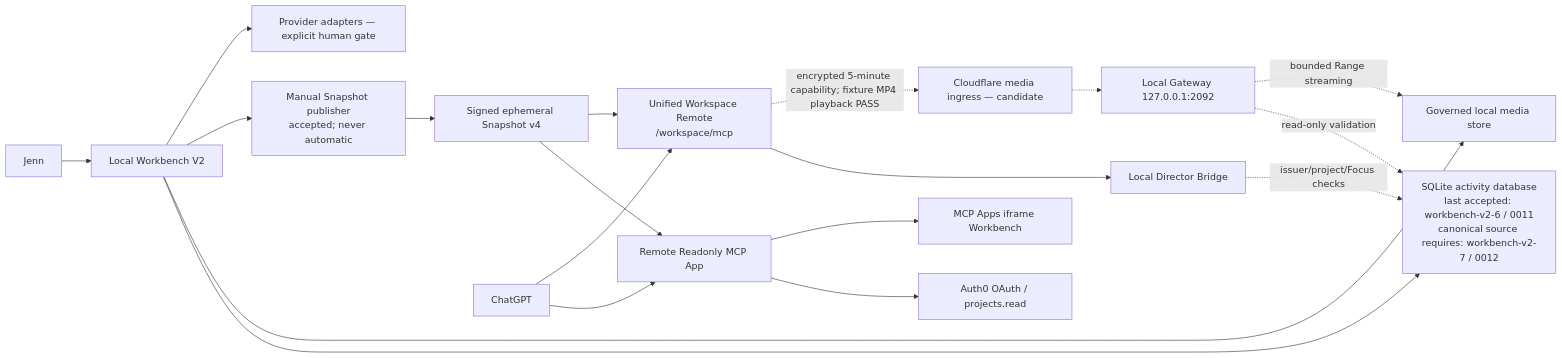
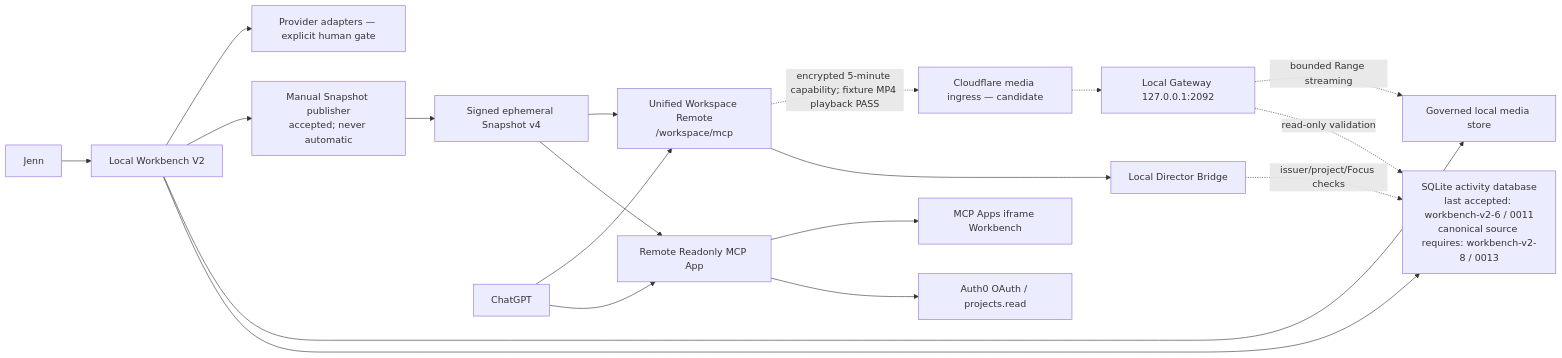
One commit to JENN2046/AI-Video-Production-Local-Bridge changed the diagram in docs/ARCHITECTURE.md. Above: the diagram before and after it, drawn with Mermaid. The commit also changed other lines of this file and 50 other files, not shown here.

````diff
--- a/docs/ARCHITECTURE.md
+++ b/docs/ARCHITECTURE.md
@@ -8,21 +8,21 @@
 ```mermaid
 flowchart LR
     J["Jenn"] --> W["Local Workbench V2"]
-    W --> DB["SQLite activity database\nlast accepted: workbench-v2-6 / 0011\ncanonical source requires: workbench-v2-7 / 0012"]
+    W --> DB["SQLite activity database\nlast accepted: workbench-v2-6 / 0011\ncanonical source requires: workbench-v2-8 / 0013"]
     W --> FS["Governed local media store"]
     W --> PA["Manual Snapshot publisher\naccepted; never automatic"]
     PA --> SS["Signed ephemeral Snapshot v4"]
     SS --> RM["Remote Readonly MCP App"]
     C["ChatGPT"] --> RM
     RM --> AU["Auth0 OAuth / projects.read"]
     RM --> UI["MCP Apps iframe Workbench"]
     C --> UW["Unified Workspace Remote\n/workspace/mcp"]
     SS --> UW
     UW --> DBR["Local Director Bridge"]
     DBR -. "issuer/project/Focus checks" .-> DB
     UW -. "encrypted 5-minute capability; fixture MP4 playback PASS" .-> CF["Cloudflare media ingress — candidate"]
     CF -.-> GW["Local Gateway 127.0.0.1:2092"]
     GW -. "read-only validation" .-> DB
     GW -. "bounded Range streaming" .-> FS
     W --> PR["Provider adapters — explicit human gate"]
 ```
````
